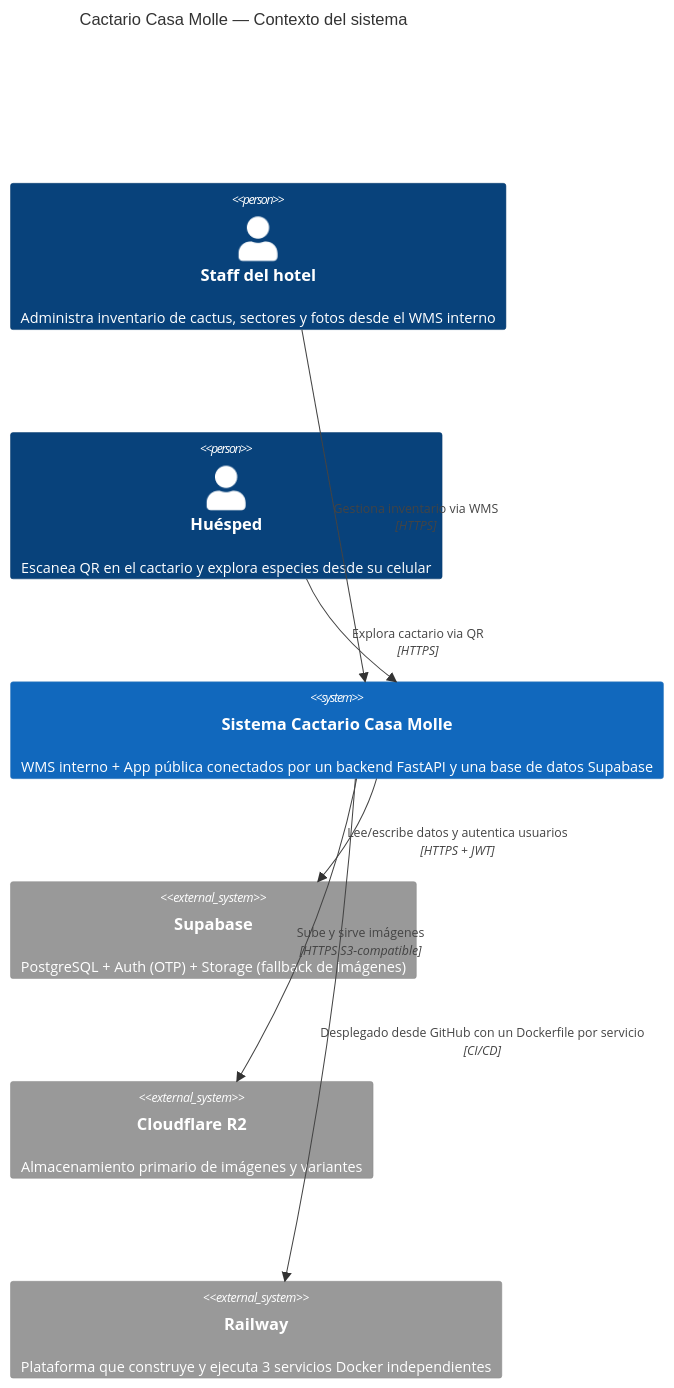
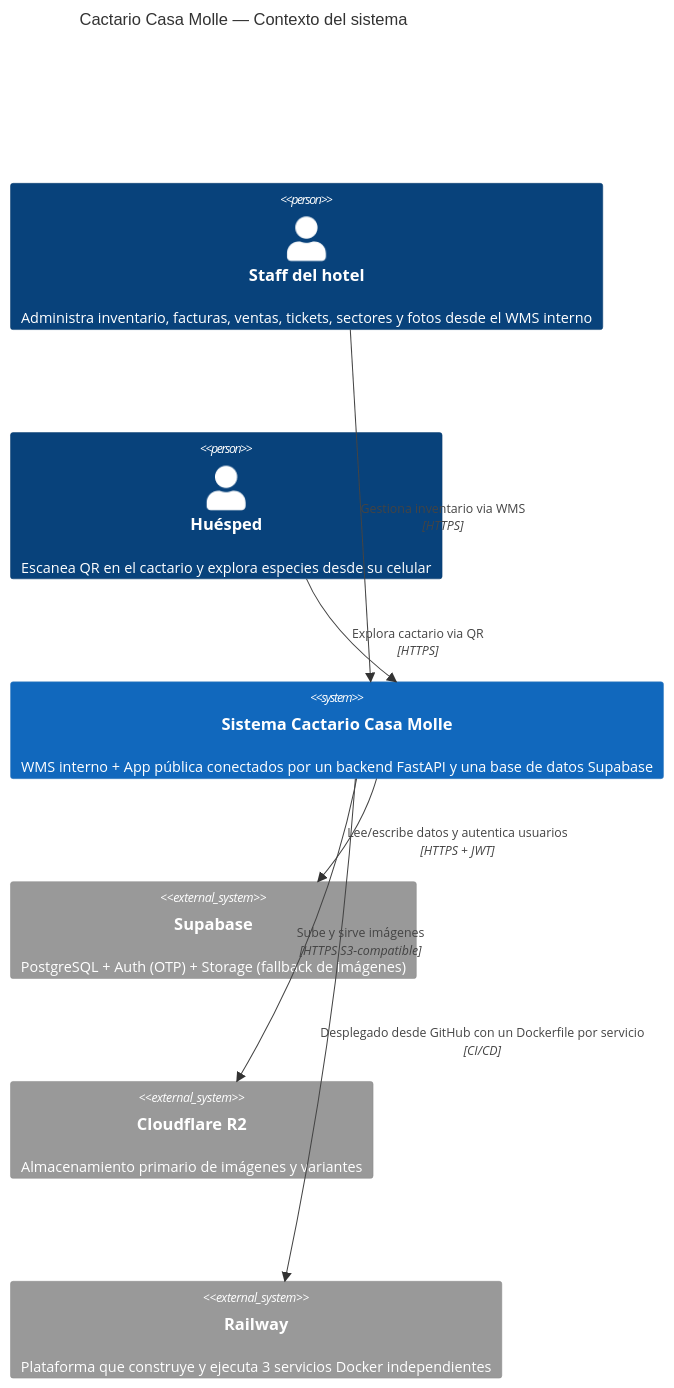
The first of 11 diagrams in docs/architecture.md (felicanales/CactarioCasaMolle), drawn with Mermaid before and after one commit. The commit also changed other lines of this file and 24 other files, not shown here.

````diff
--- a/docs/architecture.md
+++ b/docs/architecture.md
@@ -11,19 +11,19 @@
 ```mermaid
 C4Context
   title Cactario Casa Molle — Contexto del sistema
 
-  Person(staff, "Staff del hotel", "Administra inventario de cactus, sectores y fotos desde el WMS interno")
+  Person(staff, "Staff del hotel", "Administra inventario, facturas, ventas, tickets, sectores y fotos desde el WMS interno")
   Person(huesped, "Huésped", "Escanea QR en el cactario y explora especies desde su celular")
 
   System(cactario, "Sistema Cactario Casa Molle", "WMS interno + App pública conectados por un backend FastAPI y una base de datos Supabase")
 
   System_Ext(supabase, "Supabase", "PostgreSQL + Auth (OTP) + Storage (fallback de imágenes)")
   System_Ext(r2, "Cloudflare R2", "Almacenamiento primario de imágenes y variantes")
   System_Ext(railway, "Railway", "Plataforma que construye y ejecuta 3 servicios Docker independientes")
 
   Rel(staff, cactario, "Gestiona inventario via WMS", "HTTPS")
   Rel(huesped, cactario, "Explora cactario via QR", "HTTPS")
   Rel(cactario, supabase, "Lee/escribe datos y autentica usuarios", "HTTPS + JWT")
   Rel(cactario, r2, "Sube y sirve imágenes", "HTTPS S3-compatible")
   Rel(cactario, railway, "Desplegado desde GitHub con un Dockerfile por servicio", "CI/CD")
 ```
````
